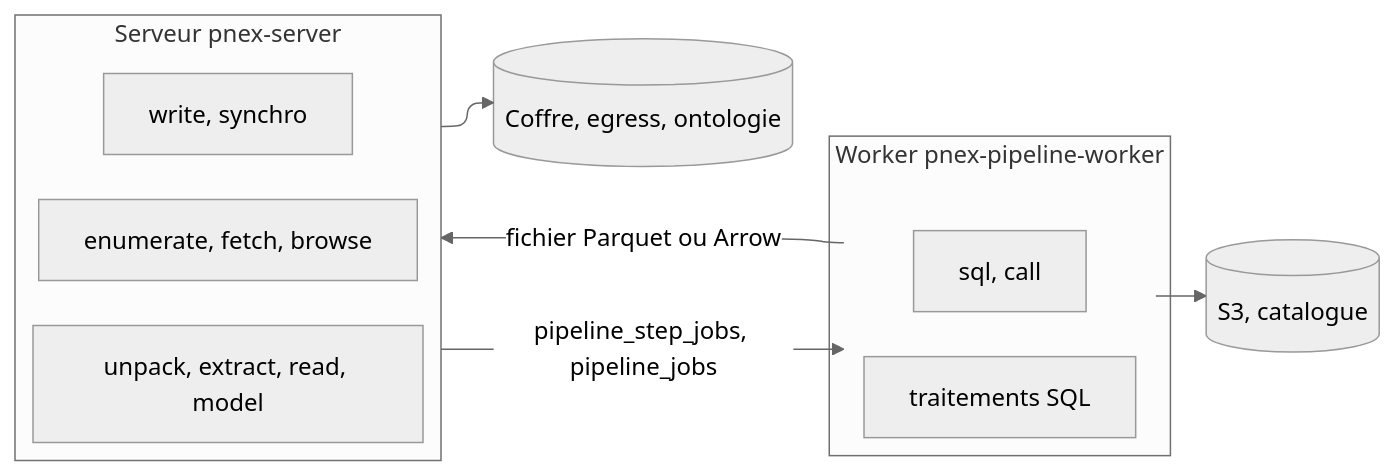
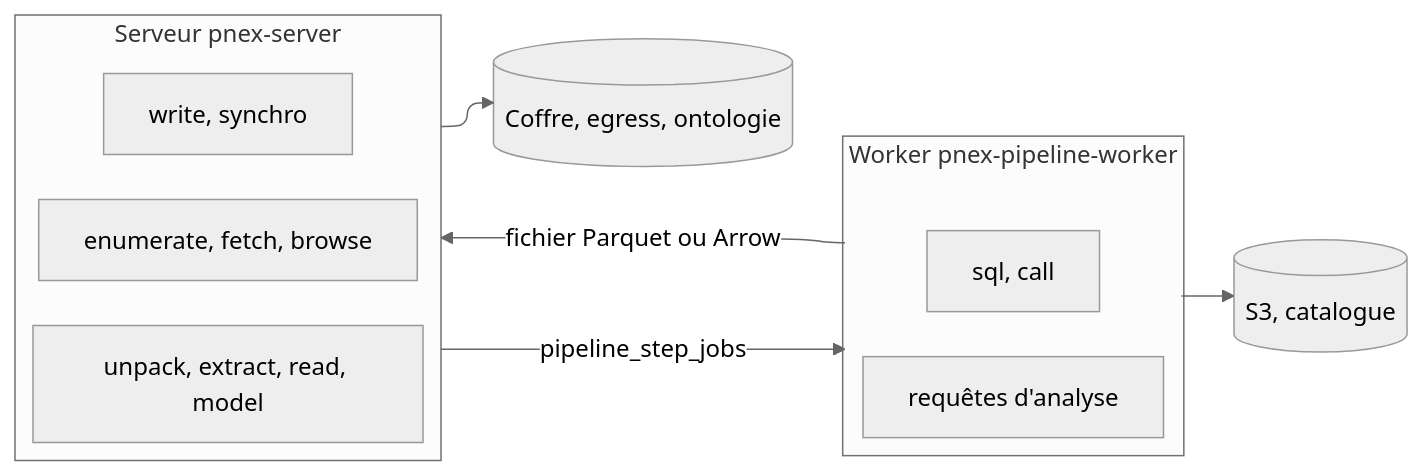
One commit to Pnex/pnex-rs changed the third of 19 diagrams in docs/architecture/pipelines.md. Above: the diagram before and after it, drawn with Mermaid (neutral theme). The commit also changed other lines of this file and 35 other files, not shown here.

````diff
--- a/docs/architecture/pipelines.md
+++ b/docs/architecture/pipelines.md
@@ -81,20 +80,20 @@
 ```mermaid
 ---
 config:
   layout: elk
 ---
 flowchart LR
   subgraph srv[Serveur pnex-server]
     a[enumerate, fetch, browse]
     b[unpack, extract, read, model]
     c[write, synchro]
   end
   subgraph wk[Worker pnex-pipeline-worker]
     d[sql, call]
-    e[traitements SQL]
+    e[requêtes d'analyse]
   end
-  srv -->|pipeline_step_jobs, pipeline_jobs| wk
+  srv -->|pipeline_step_jobs| wk
   wk -->|fichier Parquet ou Arrow| srv
   srv --> vault[(Coffre, egress, ontologie)]
   wk --> s3[(S3, catalogue)]
 ```
````
